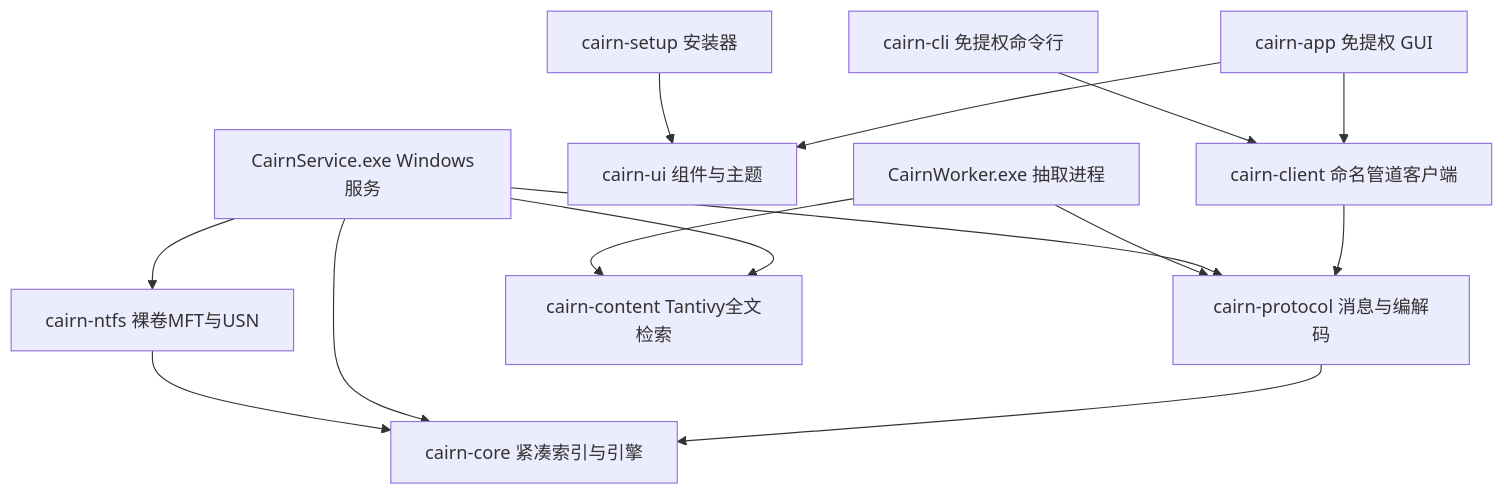
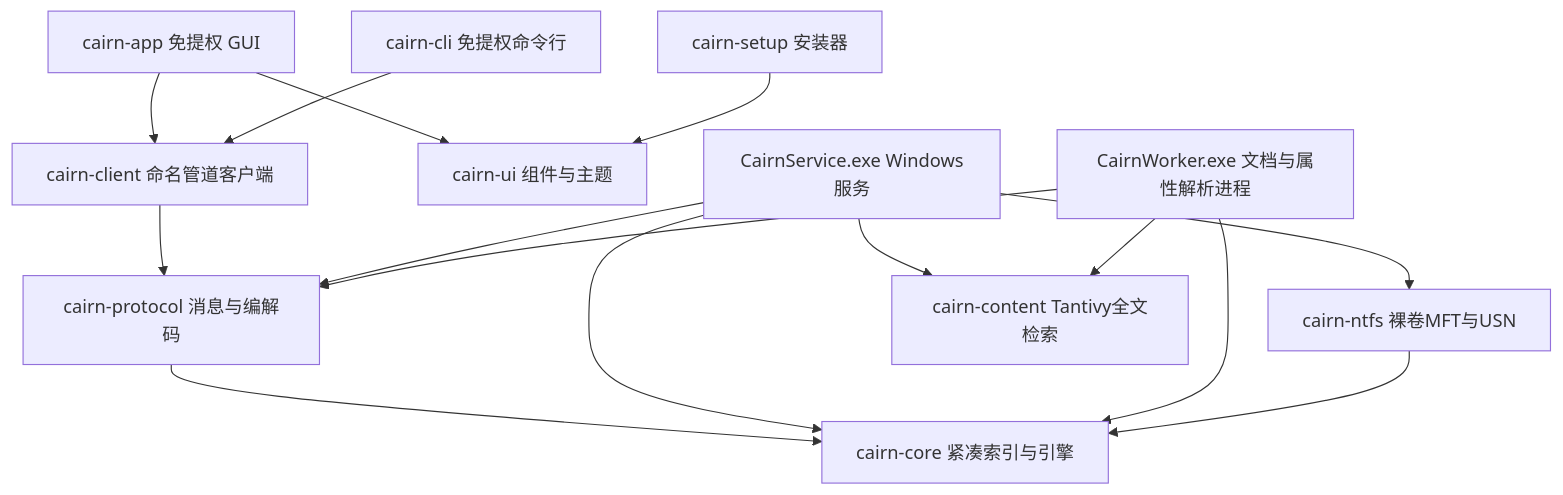
The first of 2 diagrams in docs/engineering/architecture.md (zyyyyynnn/Cairn), drawn with Mermaid before and after one commit. The commit also changed other lines of this file and 11 other files, not shown here.

````diff
--- a/docs/engineering/architecture.md
+++ b/docs/engineering/architecture.md
@@ -10,19 +10,20 @@
 ```mermaid
 graph TD
     App[cairn-app 免提权 GUI] --> Client[cairn-client 命名管道客户端]
     App --> UI[cairn-ui 组件与主题]
     CLI[cairn-cli 免提权命令行] --> Client
     Setup[cairn-setup 安装器] --> UI
     Client --> Protocol[cairn-protocol 消息与编解码]
     Protocol --> Core[cairn-core 紧凑索引与引擎]
 
     Service[CairnService.exe Windows服务] --> Core
     Service --> NTFS[cairn-ntfs 裸卷MFT与USN]
     Service --> Content[cairn-content Tantivy全文检索]
     Service --> Protocol
 
-    Worker[CairnWorker.exe 抽取进程] --> Content
+    Worker[CairnWorker.exe 文档与属性解析进程] --> Content
     Worker --> Protocol
+    Worker --> Core
 
     NTFS --> Core
 ```
````
